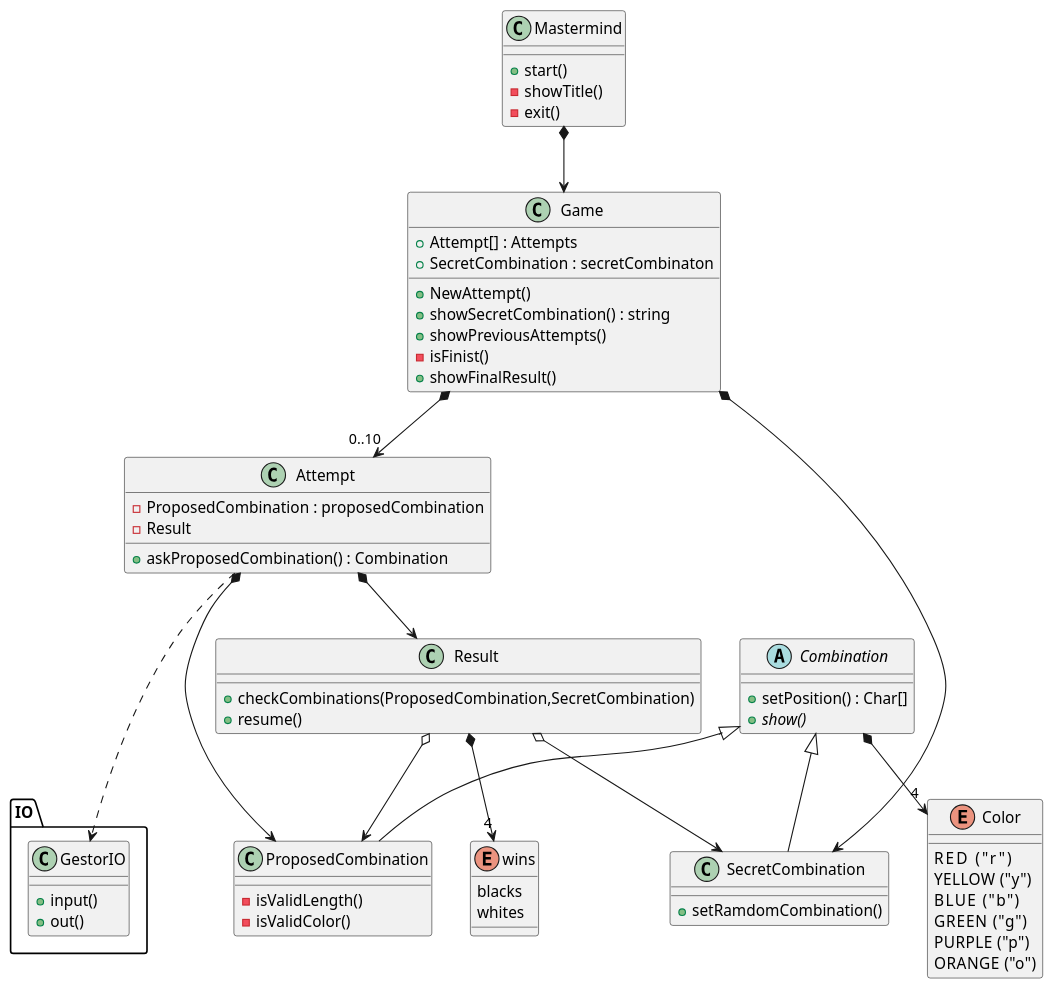
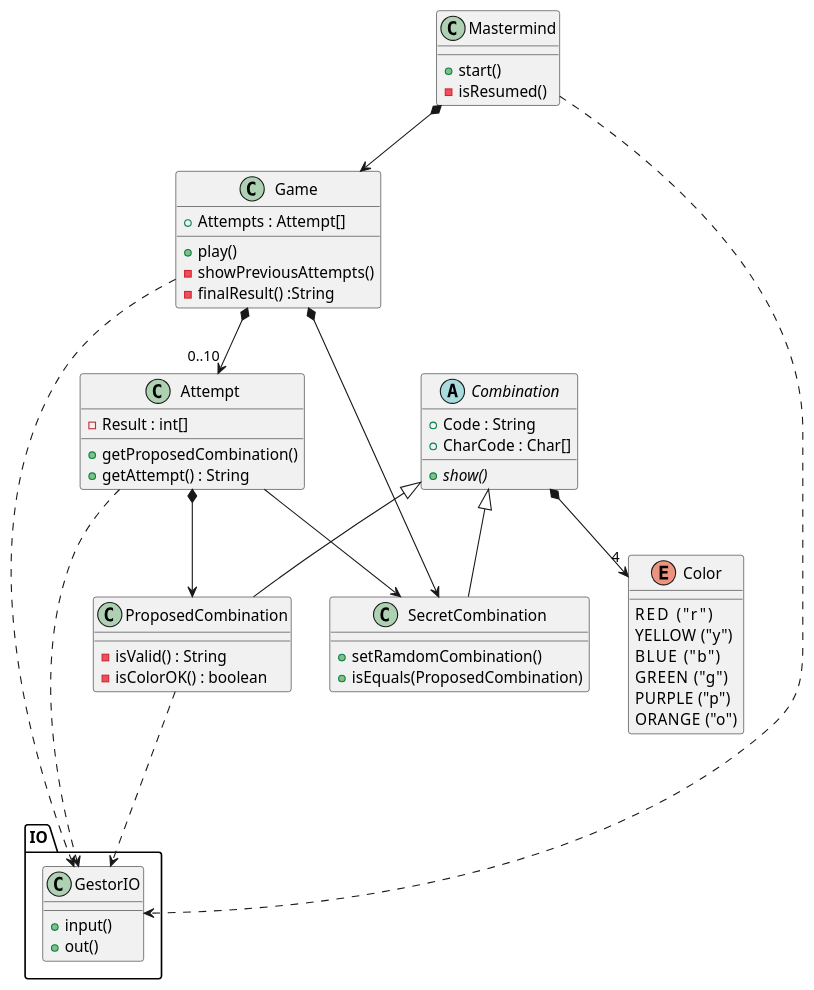
One commit to Master-Desarrollo-20-21/ejercicio-2-vista-publica-clases-mastermind-kiarras changed the diagram in Mastermind.wsd. Above: the diagram before and after it, drawn with PlantUML.

```diff
--- a/Mastermind.wsd
+++ b/Mastermind.wsd
@@ -1,69 +1,59 @@
 @startuml Mastermind
 class Mastermind{
   + start()
-  - showTitle()
-  - exit()
+  - isResumed()
 }
 Mastermind *--> Game
 class Game{
-    + Attempt[] : Attempts
-    + SecretCombination : secretCombinaton
-    + NewAttempt()
-    + showSecretCombination() : string
-    + showPreviousAttempts()
-    - isFinist()
-    + showFinalResult()
+    + Attempts : Attempt[]
+    + play()
+    - showPreviousAttempts()
+    - finalResult() :String
 }
 Game *--> "0..10" Attempt
 Game *--> SecretCombination
 
 class Attempt{
-    - ProposedCombination : proposedCombination
-    - Result
-    + askProposedCombination() : Combination
+    - Result : int[]
+    + getProposedCombination()
+    + getAttempt() : String
 }
 Attempt *--> ProposedCombination
-Attempt *--> Result
+Attempt --> SecretCombination
 
 abstract class Combination{
-    + setPosition() : Char[]
+    + Code : String
+    + CharCode : Char[]
     {abstract} + show()
 }
 Combination *--> "4" Color
 enum Color{
     RED     ("r")
     YELLOW  ("y")
     BLUE    ("b")
     GREEN   ("g")
     PURPLE  ("p")
     ORANGE  ("o")
 }
 Combination <|-- SecretCombination
 Combination <|-- ProposedCombination
 Class SecretCombination{
     + setRamdomCombination()
+    + isEquals(ProposedCombination)
 }
 Class ProposedCombination{
-    - isValidLength()
-    - isValidColor() 
+    - isValid() : String
+    - isColorOK() : boolean
 }
 
-class Result{
-    +checkCombinations(ProposedCombination,SecretCombination)
-    +resume()
-}
-Result o--> SecretCombination
-Result o--> ProposedCombination
-Result *--> "4" wins
-enum wins{
-    blacks
-    whites
-}
 package IO{
     Class GestorIO{
         + input()
         + out()
     }
 }
 Attempt ...> GestorIO
+Game ...> GestorIO
+Mastermind ...> GestorIO
+ProposedCombination ...> GestorIO
 @enduml
```
